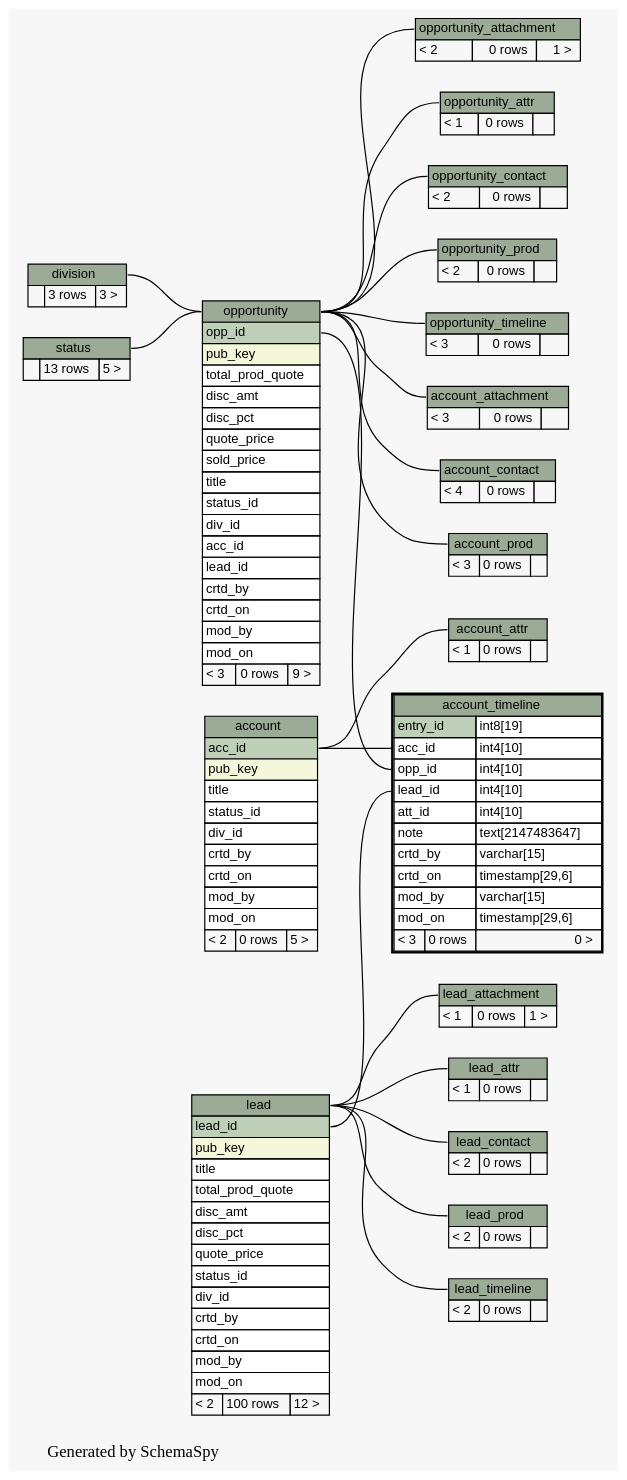
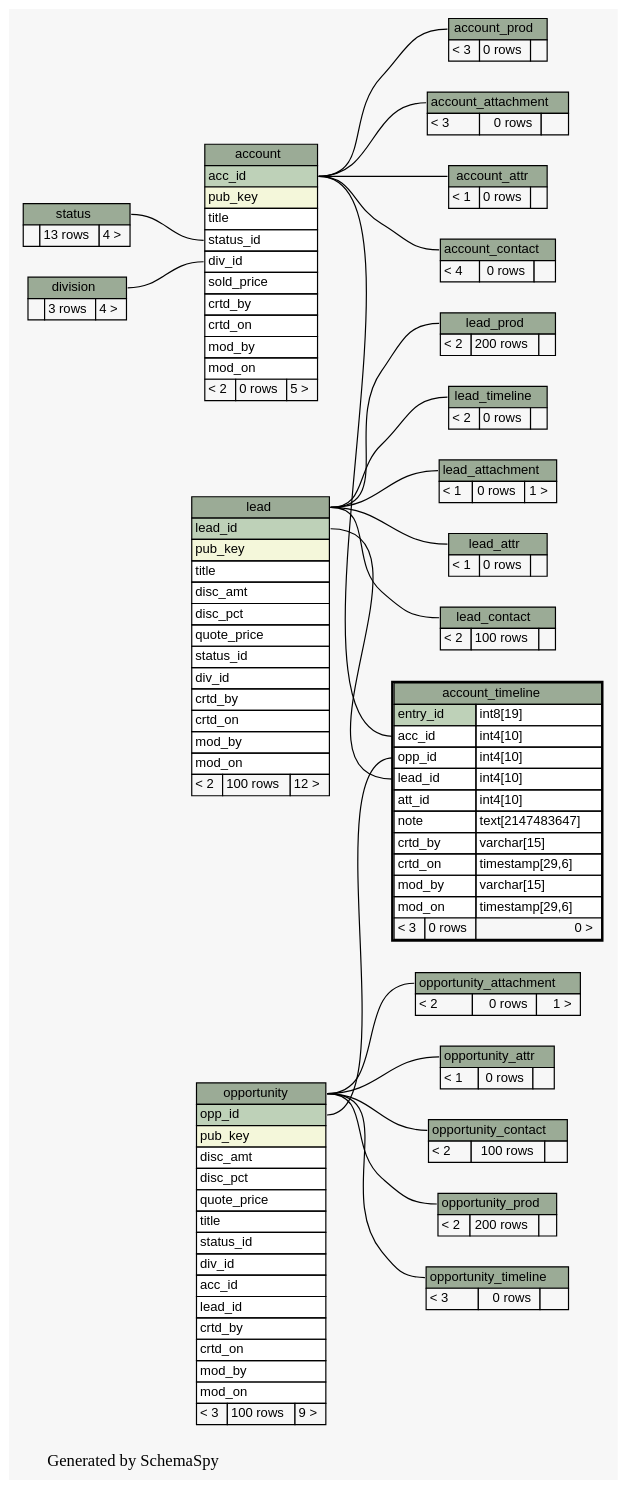
Before and after one commit to engineerscraft/salesforce: the diagram in docs/database/schemaspy/graphs/account_timeline.2degrees.dot, drawn with Graphviz. The commit also changed 206 other files, not shown here.

```diff
--- a/docs/database/schemaspy/graphs/account_timeline.2degrees.dot
+++ b/docs/database/schemaspy/graphs/account_timeline.2degrees.dot
@@ -14,10 +14,12 @@
   edge [
     arrowsize="0.8"
   ];
-  "account_attachment":"account_attachment.heading":w -> "opportunity":"opportunity.heading":e [arrowtail=crowodot arrowhead=none];
+  "account":"div_id":w -> "division":"division.heading":e [arrowtail=crowtee arrowhead=none];
+  "account":"status_id":w -> "status":"status.heading":e [arrowtail=crowtee arrowhead=none];
+  "account_attachment":"account_attachment.heading":w -> "account":"acc_id":e [arrowtail=crowtee arrowhead=none];
   "account_attr":"account_attr.heading":w -> "account":"acc_id":e [arrowtail=tee arrowhead=none];
-  "account_contact":"account_contact.heading":w -> "opportunity":"opportunity.heading":e [arrowtail=crowtee arrowhead=none];
-  "account_prod":"account_prod.heading":w -> "opportunity":"opportunity.heading":e [arrowtail=crowtee arrowhead=none];
+  "account_contact":"account_contact.heading":w -> "account":"acc_id":e [arrowtail=crowtee arrowhead=none];
+  "account_prod":"account_prod.heading":w -> "account":"acc_id":e [arrowtail=crowtee arrowhead=none];
   "account_timeline":"acc_id":w -> "account":"acc_id":e [arrowtail=crowtee arrowhead=none];
   "account_timeline":"lead_id":w -> "lead":"lead_id":e [arrowtail=crowodot arrowhead=none];
   "account_timeline":"opp_id":w -> "opportunity":"opp_id":e [arrowtail=crowodot arrowhead=none];
@@ -26,8 +28,6 @@
   "lead_contact":"lead_contact.heading":w -> "lead":"lead.heading":e [arrowtail=crowtee arrowhead=none];
   "lead_prod":"lead_prod.heading":w -> "lead":"lead.heading":e [arrowtail=crowtee arrowhead=none];
   "lead_timeline":"lead_timeline.heading":w -> "lead":"lead.heading":e [arrowtail=crowtee arrowhead=none];
-  "opportunity":"opportunity.heading":w -> "division":"division.heading":e [arrowtail=crowtee arrowhead=none];
-  "opportunity":"opportunity.heading":w -> "status":"status.heading":e [arrowtail=crowtee arrowhead=none];
   "opportunity_attachment":"opportunity_attachment.heading":w -> "opportunity":"opportunity.heading":e [arrowtail=crowtee arrowhead=none];
   "opportunity_attr":"opportunity_attr.heading":w -> "opportunity":"opportunity.heading":e [arrowtail=tee arrowhead=none];
   "opportunity_contact":"opportunity_contact.heading":w -> "opportunity":"opportunity.heading":e [arrowtail=crowtee arrowhead=none];
@@ -42,6 +42,7 @@
       <TR><TD PORT="title" COLSPAN="3" ALIGN="LEFT">title</TD></TR>
       <TR><TD PORT="status_id" COLSPAN="3" ALIGN="LEFT">status_id</TD></TR>
       <TR><TD PORT="div_id" COLSPAN="3" ALIGN="LEFT">div_id</TD></TR>
+      <TR><TD PORT="sold_price" COLSPAN="3" ALIGN="LEFT">sold_price</TD></TR>
       <TR><TD PORT="crtd_by" COLSPAN="3" ALIGN="LEFT">crtd_by</TD></TR>
       <TR><TD PORT="crtd_on" COLSPAN="3" ALIGN="LEFT">crtd_on</TD></TR>
       <TR><TD PORT="mod_by" COLSPAN="3" ALIGN="LEFT">mod_by</TD></TR>
@@ -110,7 +111,7 @@
     label=<
     <TABLE BORDER="0" CELLBORDER="1" CELLSPACING="0" BGCOLOR="#ffffff">
       <TR><TD PORT="division.heading" COLSPAN="3" BGCOLOR="#9bab96" ALIGN="CENTER">division</TD></TR>
-      <TR><TD ALIGN="LEFT" BGCOLOR="#f7f7f7">  </TD><TD ALIGN="RIGHT" BGCOLOR="#f7f7f7">3 rows</TD><TD ALIGN="RIGHT" BGCOLOR="#f7f7f7">3 &gt;</TD></TR>
+      <TR><TD ALIGN="LEFT" BGCOLOR="#f7f7f7">  </TD><TD ALIGN="RIGHT" BGCOLOR="#f7f7f7">3 rows</TD><TD ALIGN="RIGHT" BGCOLOR="#f7f7f7">4 &gt;</TD></TR>
     </TABLE>>
     URL="division.html#graph"
     tooltip="division"
@@ -122,7 +123,6 @@
       <TR><TD PORT="lead_id" COLSPAN="3" BGCOLOR="#bed1b8" ALIGN="LEFT">lead_id</TD></TR>
       <TR><TD PORT="pub_key" COLSPAN="3" BGCOLOR="#f4f7da" ALIGN="LEFT">pub_key</TD></TR>
       <TR><TD PORT="title" COLSPAN="3" ALIGN="LEFT">title</TD></TR>
-      <TR><TD PORT="total_prod_quote" COLSPAN="3" ALIGN="LEFT">total_prod_quote</TD></TR>
       <TR><TD PORT="disc_amt" COLSPAN="3" ALIGN="LEFT">disc_amt</TD></TR>
       <TR><TD PORT="disc_pct" COLSPAN="3" ALIGN="LEFT">disc_pct</TD></TR>
       <TR><TD PORT="quote_price" COLSPAN="3" ALIGN="LEFT">quote_price</TD></TR>
@@ -159,7 +159,7 @@
     label=<
     <TABLE BORDER="0" CELLBORDER="1" CELLSPACING="0" BGCOLOR="#ffffff">
       <TR><TD PORT="lead_contact.heading" COLSPAN="3" BGCOLOR="#9bab96" ALIGN="CENTER">lead_contact</TD></TR>
-      <TR><TD ALIGN="LEFT" BGCOLOR="#f7f7f7">&lt; 2</TD><TD ALIGN="RIGHT" BGCOLOR="#f7f7f7">0 rows</TD><TD ALIGN="RIGHT" BGCOLOR="#f7f7f7">  </TD></TR>
+      <TR><TD ALIGN="LEFT" BGCOLOR="#f7f7f7">&lt; 2</TD><TD ALIGN="RIGHT" BGCOLOR="#f7f7f7">100 rows</TD><TD ALIGN="RIGHT" BGCOLOR="#f7f7f7">  </TD></TR>
     </TABLE>>
     URL="lead_contact.html#graph"
     tooltip="lead_contact"
@@ -168,7 +168,7 @@
     label=<
     <TABLE BORDER="0" CELLBORDER="1" CELLSPACING="0" BGCOLOR="#ffffff">
       <TR><TD PORT="lead_prod.heading" COLSPAN="3" BGCOLOR="#9bab96" ALIGN="CENTER">lead_prod</TD></TR>
-      <TR><TD ALIGN="LEFT" BGCOLOR="#f7f7f7">&lt; 2</TD><TD ALIGN="RIGHT" BGCOLOR="#f7f7f7">0 rows</TD><TD ALIGN="RIGHT" BGCOLOR="#f7f7f7">  </TD></TR>
+      <TR><TD ALIGN="LEFT" BGCOLOR="#f7f7f7">&lt; 2</TD><TD ALIGN="RIGHT" BGCOLOR="#f7f7f7">200 rows</TD><TD ALIGN="RIGHT" BGCOLOR="#f7f7f7">  </TD></TR>
     </TABLE>>
     URL="lead_prod.html#graph"
     tooltip="lead_prod"
@@ -188,11 +188,9 @@
       <TR><TD PORT="opportunity.heading" COLSPAN="3" BGCOLOR="#9bab96" ALIGN="CENTER">opportunity</TD></TR>
       <TR><TD PORT="opp_id" COLSPAN="3" BGCOLOR="#bed1b8" ALIGN="LEFT">opp_id</TD></TR>
       <TR><TD PORT="pub_key" COLSPAN="3" BGCOLOR="#f4f7da" ALIGN="LEFT">pub_key</TD></TR>
-      <TR><TD PORT="total_prod_quote" COLSPAN="3" ALIGN="LEFT">total_prod_quote</TD></TR>
       <TR><TD PORT="disc_amt" COLSPAN="3" ALIGN="LEFT">disc_amt</TD></TR>
       <TR><TD PORT="disc_pct" COLSPAN="3" ALIGN="LEFT">disc_pct</TD></TR>
       <TR><TD PORT="quote_price" COLSPAN="3" ALIGN="LEFT">quote_price</TD></TR>
-      <TR><TD PORT="sold_price" COLSPAN="3" ALIGN="LEFT">sold_price</TD></TR>
       <TR><TD PORT="title" COLSPAN="3" ALIGN="LEFT">title</TD></TR>
       <TR><TD PORT="status_id" COLSPAN="3" ALIGN="LEFT">status_id</TD></TR>
       <TR><TD PORT="div_id" COLSPAN="3" ALIGN="LEFT">div_id</TD></TR>
@@ -202,7 +200,7 @@
       <TR><TD PORT="crtd_on" COLSPAN="3" ALIGN="LEFT">crtd_on</TD></TR>
       <TR><TD PORT="mod_by" COLSPAN="3" ALIGN="LEFT">mod_by</TD></TR>
       <TR><TD PORT="mod_on" COLSPAN="3" ALIGN="LEFT">mod_on</TD></TR>
-      <TR><TD ALIGN="LEFT" BGCOLOR="#f7f7f7">&lt; 3</TD><TD ALIGN="RIGHT" BGCOLOR="#f7f7f7">0 rows</TD><TD ALIGN="RIGHT" BGCOLOR="#f7f7f7">9 &gt;</TD></TR>
+      <TR><TD ALIGN="LEFT" BGCOLOR="#f7f7f7">&lt; 3</TD><TD ALIGN="RIGHT" BGCOLOR="#f7f7f7">100 rows</TD><TD ALIGN="RIGHT" BGCOLOR="#f7f7f7">9 &gt;</TD></TR>
     </TABLE>>
     URL="opportunity.html#graph"
     tooltip="opportunity"
@@ -229,7 +227,7 @@
     label=<
     <TABLE BORDER="0" CELLBORDER="1" CELLSPACING="0" BGCOLOR="#ffffff">
       <TR><TD PORT="opportunity_contact.heading" COLSPAN="3" BGCOLOR="#9bab96" ALIGN="CENTER">opportunity_contact</TD></TR>
-      <TR><TD ALIGN="LEFT" BGCOLOR="#f7f7f7">&lt; 2</TD><TD ALIGN="RIGHT" BGCOLOR="#f7f7f7">0 rows</TD><TD ALIGN="RIGHT" BGCOLOR="#f7f7f7">  </TD></TR>
+      <TR><TD ALIGN="LEFT" BGCOLOR="#f7f7f7">&lt; 2</TD><TD ALIGN="RIGHT" BGCOLOR="#f7f7f7">100 rows</TD><TD ALIGN="RIGHT" BGCOLOR="#f7f7f7">  </TD></TR>
     </TABLE>>
     URL="opportunity_contact.html#graph"
     tooltip="opportunity_contact"
@@ -238,7 +236,7 @@
     label=<
     <TABLE BORDER="0" CELLBORDER="1" CELLSPACING="0" BGCOLOR="#ffffff">
       <TR><TD PORT="opportunity_prod.heading" COLSPAN="3" BGCOLOR="#9bab96" ALIGN="CENTER">opportunity_prod</TD></TR>
-      <TR><TD ALIGN="LEFT" BGCOLOR="#f7f7f7">&lt; 2</TD><TD ALIGN="RIGHT" BGCOLOR="#f7f7f7">0 rows</TD><TD ALIGN="RIGHT" BGCOLOR="#f7f7f7">  </TD></TR>
+      <TR><TD ALIGN="LEFT" BGCOLOR="#f7f7f7">&lt; 2</TD><TD ALIGN="RIGHT" BGCOLOR="#f7f7f7">200 rows</TD><TD ALIGN="RIGHT" BGCOLOR="#f7f7f7">  </TD></TR>
     </TABLE>>
     URL="opportunity_prod.html#graph"
     tooltip="opportunity_prod"
@@ -256,7 +254,7 @@
     label=<
     <TABLE BORDER="0" CELLBORDER="1" CELLSPACING="0" BGCOLOR="#ffffff">
       <TR><TD PORT="status.heading" COLSPAN="3" BGCOLOR="#9bab96" ALIGN="CENTER">status</TD></TR>
-      <TR><TD ALIGN="LEFT" BGCOLOR="#f7f7f7">  </TD><TD ALIGN="RIGHT" BGCOLOR="#f7f7f7">13 rows</TD><TD ALIGN="RIGHT" BGCOLOR="#f7f7f7">5 &gt;</TD></TR>
+      <TR><TD ALIGN="LEFT" BGCOLOR="#f7f7f7">  </TD><TD ALIGN="RIGHT" BGCOLOR="#f7f7f7">13 rows</TD><TD ALIGN="RIGHT" BGCOLOR="#f7f7f7">4 &gt;</TD></TR>
     </TABLE>>
     URL="status.html#graph"
     tooltip="status"
```
